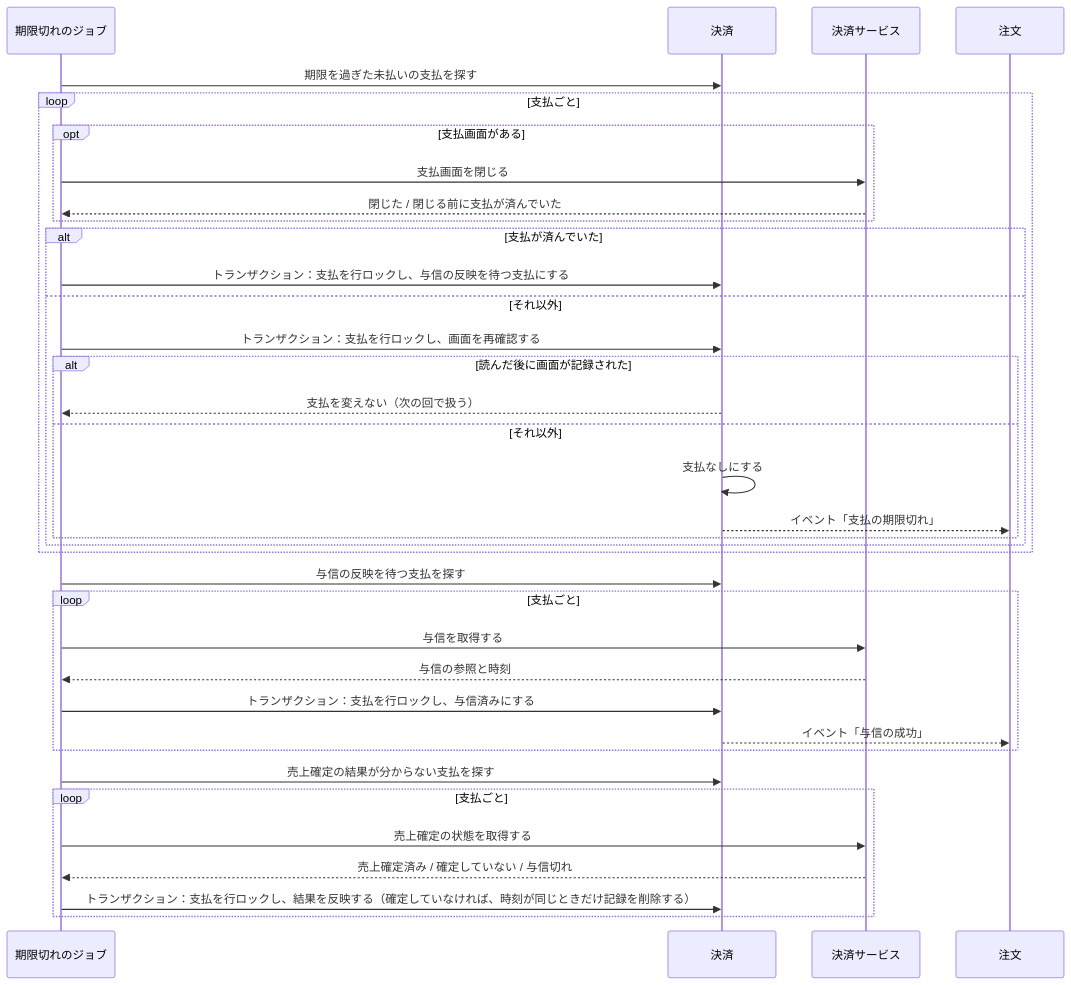
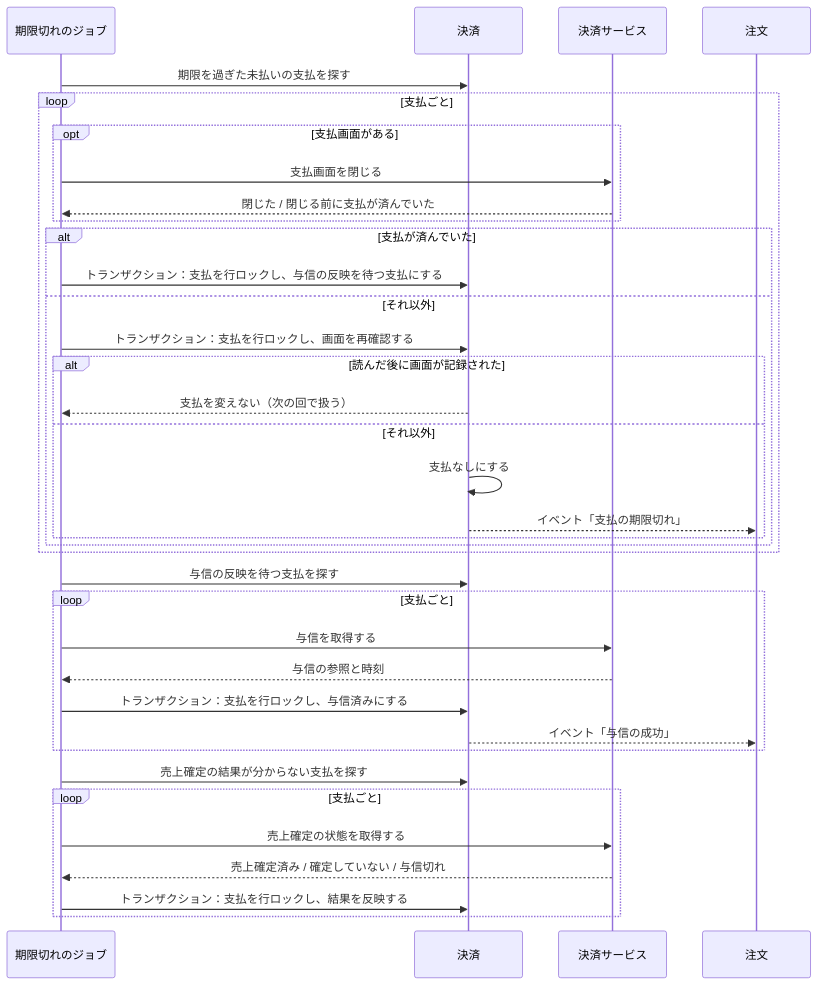
Before and after one commit to roger88106/ec-site: the third of 5 diagrams in docs/02-設計/payment.md, drawn with Mermaid. The commit also changed other lines of this file and 4 other files, not shown here.

````diff
--- a/docs/02-設計/payment.md
+++ b/docs/02-設計/payment.md
@@ -157,38 +170,38 @@
 ```mermaid
 sequenceDiagram
     participant J as 期限切れのジョブ
     participant P as 決済
     participant G as 決済サービス
     participant O as 注文
     J->>P: 期限を過ぎた未払いの支払を探す
     loop 支払ごと
         opt 支払画面がある
             J->>G: 支払画面を閉じる
             G-->>J: 閉じた / 閉じる前に支払が済んでいた
         end
         alt 支払が済んでいた
             J->>P: トランザクション：支払を行ロックし、与信の反映を待つ支払にする
         else それ以外
             J->>P: トランザクション：支払を行ロックし、画面を再確認する
             alt 読んだ後に画面が記録された
                 P-->>J: 支払を変えない（次の回で扱う）
             else それ以外
                 P->>P: 支払なしにする
                 P-->>O: イベント「支払の期限切れ」
             end
         end
     end
     J->>P: 与信の反映を待つ支払を探す
     loop 支払ごと
         J->>G: 与信を取得する
         G-->>J: 与信の参照と時刻
         J->>P: トランザクション：支払を行ロックし、与信済みにする
         P-->>O: イベント「与信の成功」
     end
     J->>P: 売上確定の結果が分からない支払を探す
     loop 支払ごと
         J->>G: 売上確定の状態を取得する
         G-->>J: 売上確定済み / 確定していない / 与信切れ
-        J->>P: トランザクション：支払を行ロックし、結果を反映する（確定していなければ、時刻が同じときだけ記録を削除する）
+        J->>P: トランザクション：支払を行ロックし、結果を反映する
     end
 ```
````
